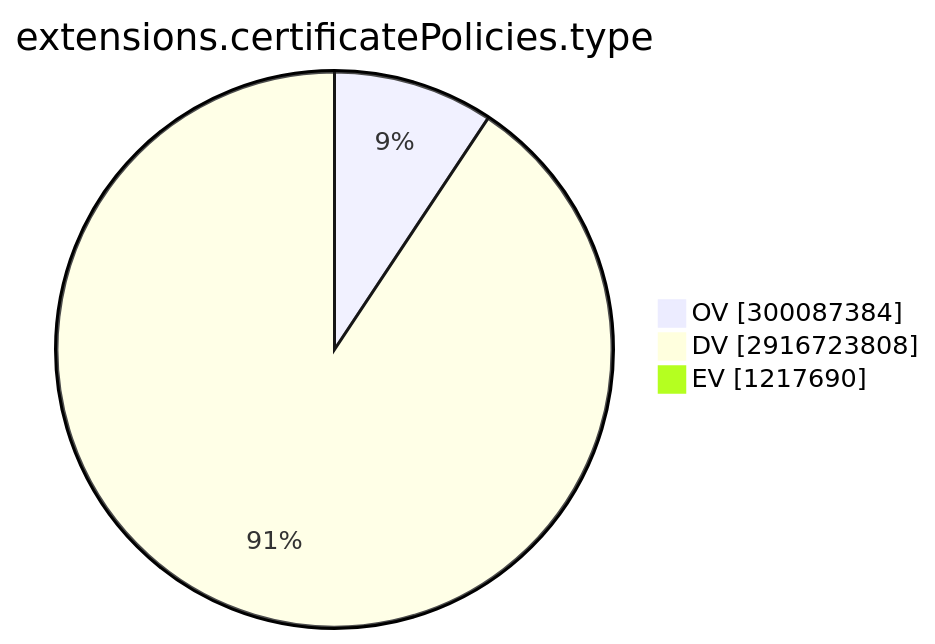
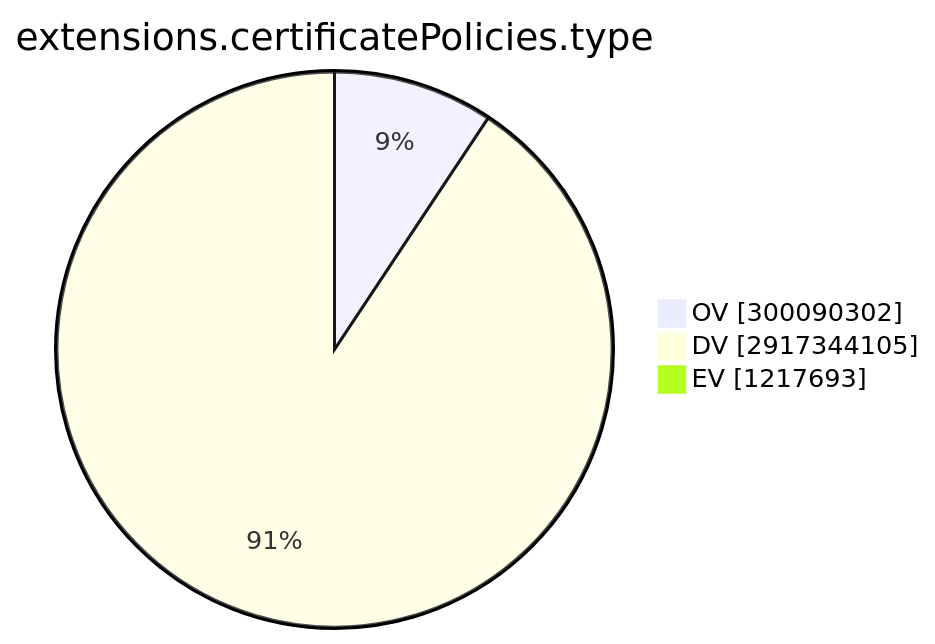
One commit to christiankrug/ctmonitor_visualization changed the ninth of 15 diagrams in TOTAL/README.md. Above: the diagram before and after it, drawn with Mermaid. The commit also changed other lines of this file, not shown here.

````diff
--- a/TOTAL/README.md
+++ b/TOTAL/README.md
@@ -3101,7 +3101,7 @@
 ```mermaid
 pie showData
 title extensions.certificatePolicies.type
-"OV" :300087384
-"DV" :2916723808
-"EV" :1217690
+"OV" :300090302
+"DV" :2917344105
+"EV" :1217693
 ```
````
